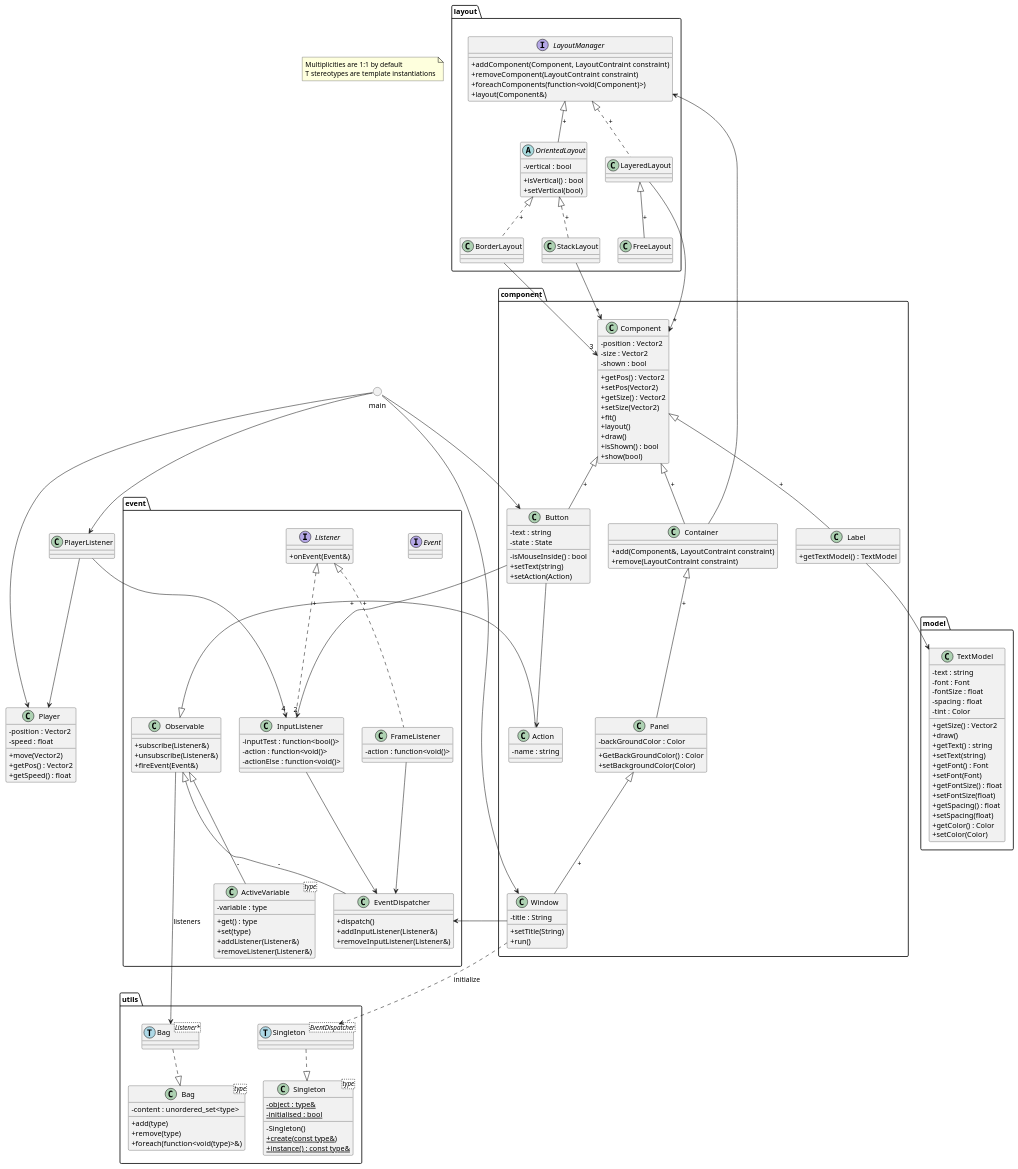
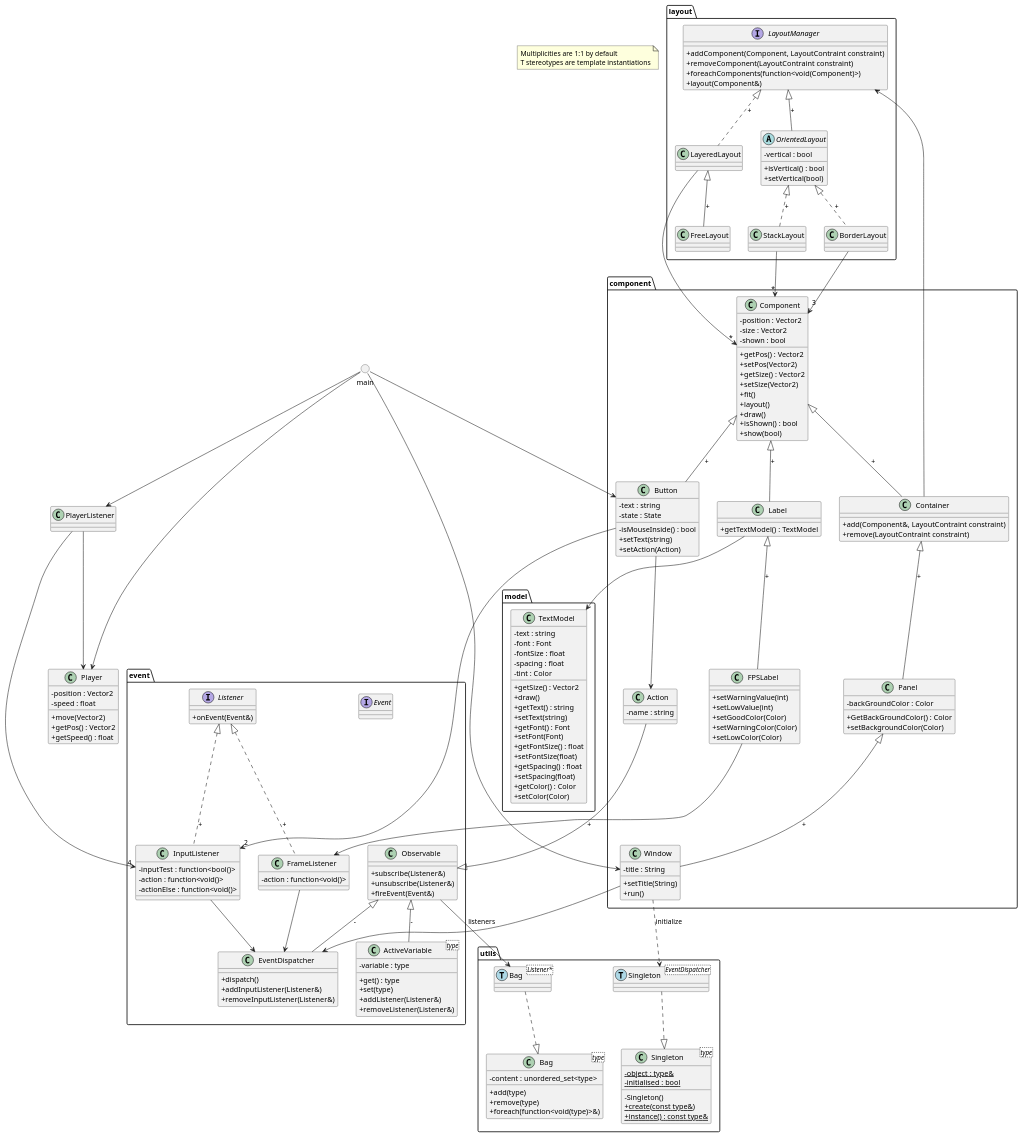
One commit to julesdupuis/CPP-UI-toolkit changed the diagram in project.puml. Above: the diagram before and after it, drawn with PlantUML. The commit also changed 4 other files, not shown here.

```diff
--- a/project.puml
+++ b/project.puml
@@ -128,6 +128,13 @@
     class Label{
         +getTextModel() : TextModel
     }
+    class FPSLabel{
+        +setWarningValue(int)
+        +setLowValue(int)
+        +setGoodColor(Color)
+        +setWarningColor(Color)
+        +setLowColor(Color)
+    }
 }
 
 Component <|-- Button : +
@@ -136,12 +143,15 @@
 Container <|-- Panel : +
 Panel <|-- Window : +
 Component <|-- Label : +
+Label <|-- FPSLabel : +
 
 Button --> Action
 Button --> "2" InputListener
 
 Window --> EventDispatcher
 Window ..> SingletonEventDispatcher : initialize
+
+FPSLabel --> FrameListener
 
 package layout{
     interface LayoutManager{
```
